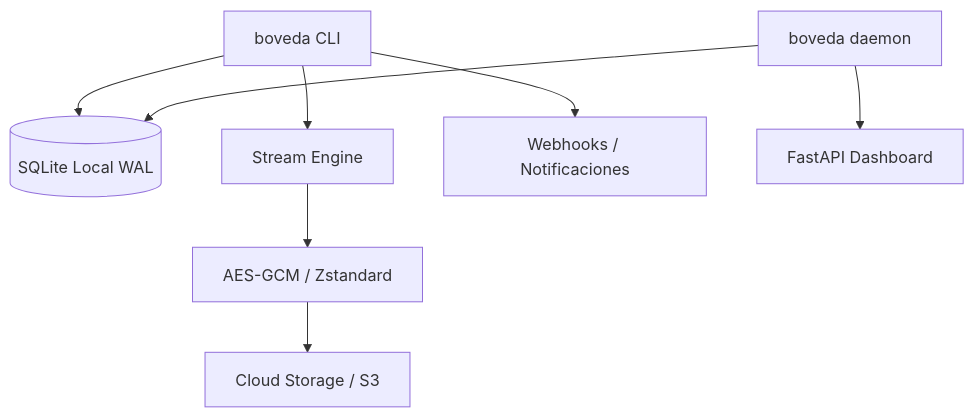
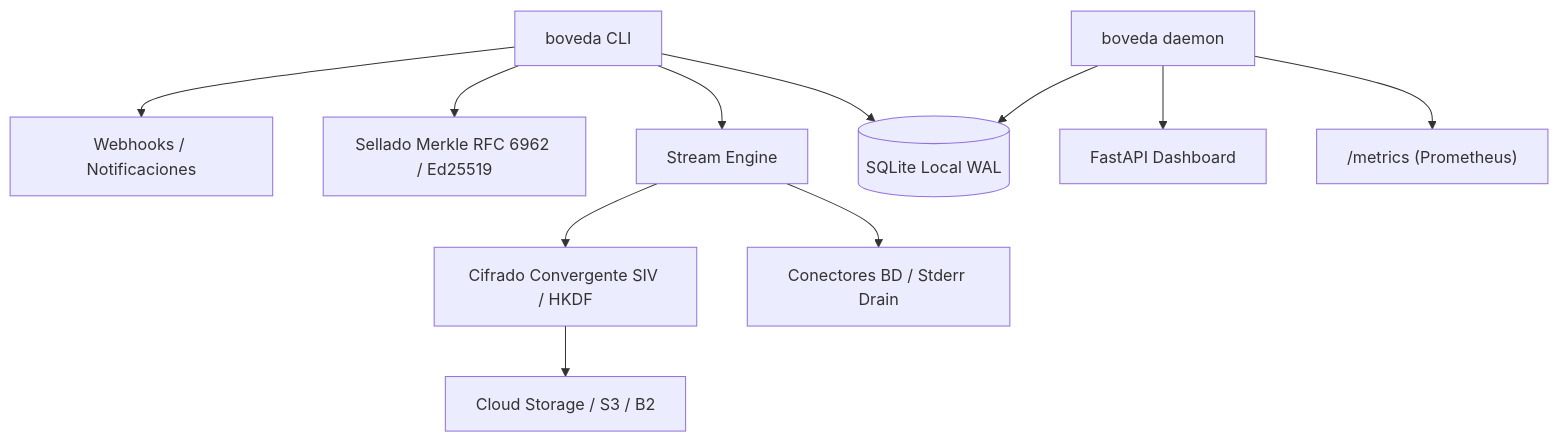
The diagram in ARCHITECTURE.md (samuelchaupis-cloud/boveda-pyme), drawn with Mermaid before and after one commit. The commit also changed other lines of this file and 1 other file, not shown here.

````diff
--- a/ARCHITECTURE.md
+++ b/ARCHITECTURE.md
@@ -22,10 +28,13 @@
 ```mermaid
 graph TD
     CLI[boveda CLI] --> DB[(SQLite Local WAL)]
     CLI --> Stream[Stream Engine]
-    Stream --> Crypto[AES-GCM / Zstandard]
-    Crypto --> S3[Cloud Storage / S3]
+    Stream --> DBConn[Conectores BD / Stderr Drain]
+    Stream --> Crypto[Cifrado Convergente SIV / HKDF]
+    Crypto --> S3[Cloud Storage / S3 / B2]
+    CLI --> Manifest[Sellado Merkle RFC 6962 / Ed25519]
     CLI --> Alert[Webhooks / Notificaciones]
-    Daemon[boveda daemon] --> UI[FastAPI Dashboard]
+    Daemon[boveda daemon] --> Prom["/metrics (Prometheus)"]
+    Daemon --> UI[FastAPI Dashboard]
     Daemon --> DB
 ```
````
